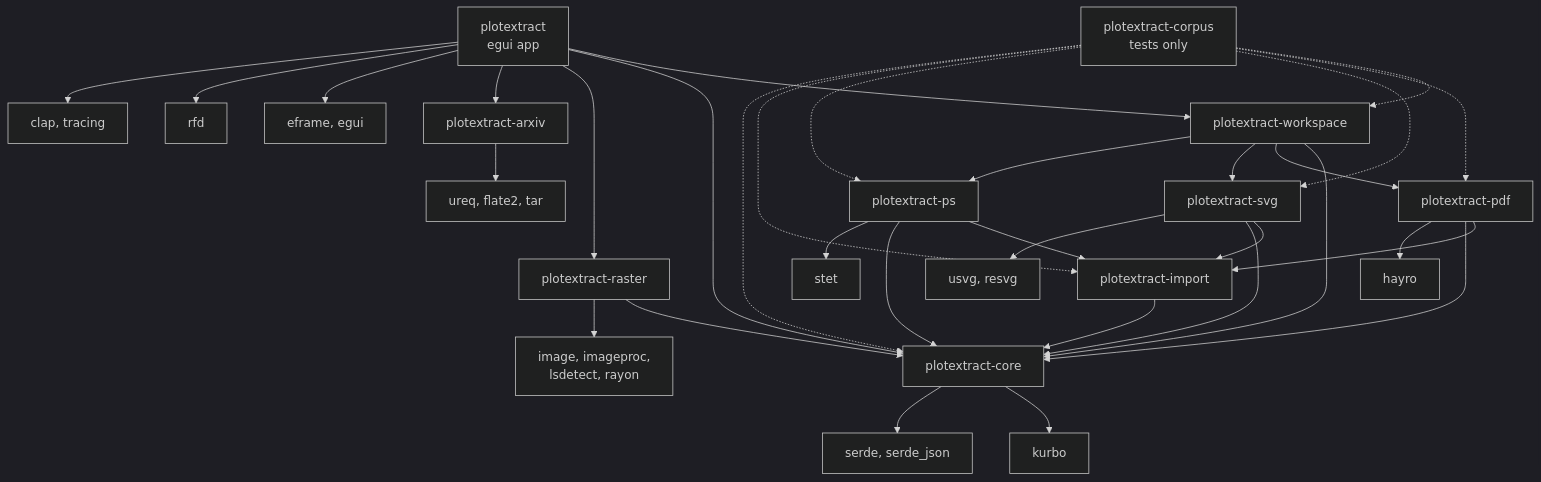
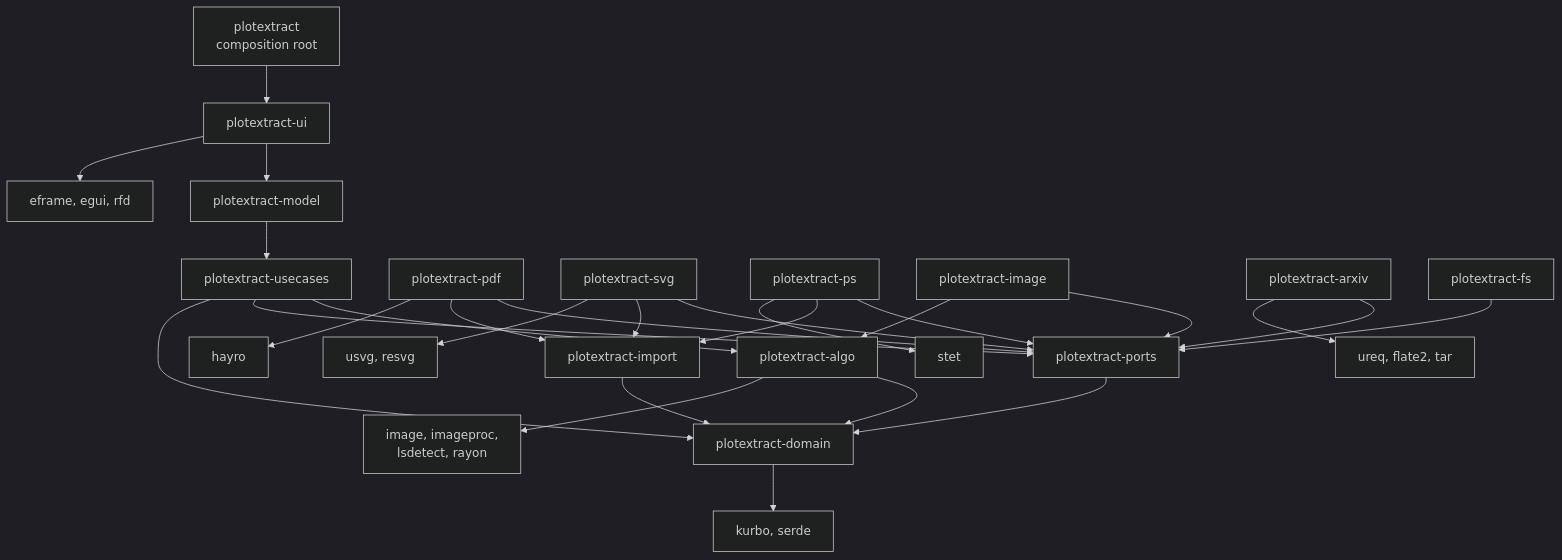
Before and after one commit to rajatmo/plotextract: the second of 2 diagrams in docs/architecture.md, drawn with Mermaid (dark theme). The commit also changed other lines of this file and 223 other files, not shown here.

````diff
--- a/docs/architecture.md
+++ b/docs/architecture.md
@@ -292,36 +322,30 @@
 ```mermaid
 flowchart TD
-    app["plotextract<br/>egui app"] --> ws["plotextract-workspace"]
-    ws --> core["plotextract-core"]
-    ws --> pdf["plotextract-pdf"]
-    ws --> svg["plotextract-svg"]
-    ws --> ps["plotextract-ps"]
+    app["plotextract<br/>composition root"] --> ui["plotextract-ui"]
+    ui --> model["plotextract-model"]
+    model --> uc["plotextract-usecases"]
+    uc --> algo["plotextract-algo"]
+    uc --> ports["plotextract-ports"]
+    uc --> dom["plotextract-domain"]
+    algo --> dom
+    ports --> dom
+    pdf["plotextract-pdf"] --> ports
+    svg["plotextract-svg"] --> ports
+    ps["plotextract-ps"] --> ports
     pdf --> imp["plotextract-import"]
     svg --> imp
     ps --> imp
-    pdf --> core
-    svg --> core
-    ps --> core
-    imp --> core
-    app --> core
-    app --> raster["plotextract-raster"]
-    raster --> core
-    app --> arxiv["plotextract-arxiv"]
-    corpus["plotextract-corpus<br/>tests only"] -.-> ws
-    corpus -.-> pdf
-    corpus -.-> svg
-    corpus -.-> ps
-    corpus -.-> imp
-    corpus -.-> core
+    image["plotextract-image"] --> ports
+    image --> algo
+    arxiv["plotextract-arxiv"] --> ports
+    fs["plotextract-fs"] --> ports
+    imp --> dom
 
-    core --> kurbo["kurbo"]
-    core --> serde["serde, serde_json"]
+    dom --> kurbo["kurbo, serde"]
+    algo --> imgs["image, imageproc,<br/>lsdetect, rayon"]
     pdf --> hayro["hayro"]
     svg --> usvg["usvg, resvg"]
     ps --> stet["stet"]
-    app --> egui["eframe, egui"]
-    app --> rfd["rfd"]
-    app --> clap["clap, tracing"]
-    raster --> imgs["image, imageproc,<br/>lsdetect, rayon"]
     arxiv --> net["ureq, flate2, tar"]
+    ui --> egui["eframe, egui, rfd"]
 ```
````
